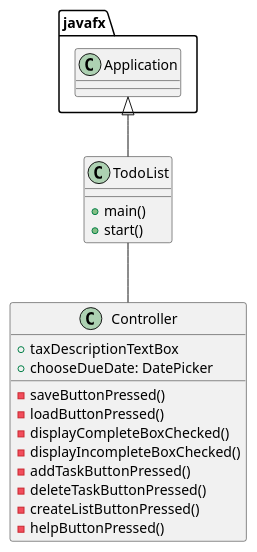
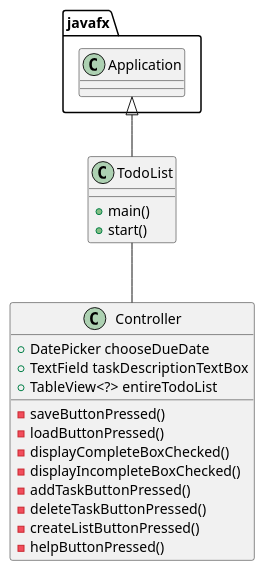
One commit to Kmullens1/mullens-cop3330-assignment4part2 changed the diagram in uml/PlantUML.puml. Above: the diagram before and after it, drawn with PlantUML. The commit also changed 7 other files, not shown here.

```diff
--- a/uml/PlantUML.puml
+++ b/uml/PlantUML.puml
@@ -1,27 +1,28 @@
 @startuml
 'https://plantuml.com/class-diagram
 
 class TodoList {
     +main()
     +start()
 }
 
 class Controller{
-    +taxDescriptionTextBox
-    +chooseDueDate: DatePicker
+    +DatePicker chooseDueDate
+    +TextField taskDescriptionTextBox
+    +TableView<?> entireTodoList
 
     -saveButtonPressed()
     -loadButtonPressed()
     -displayCompleteBoxChecked()
     -displayIncompleteBoxChecked()
     -addTaskButtonPressed()
     -deleteTaskButtonPressed()
     -createListButtonPressed()
     -helpButtonPressed()
 }
 
 javafx.Application <|-- TodoList
 
 TodoList -- Controller
 
 @enduml
```
